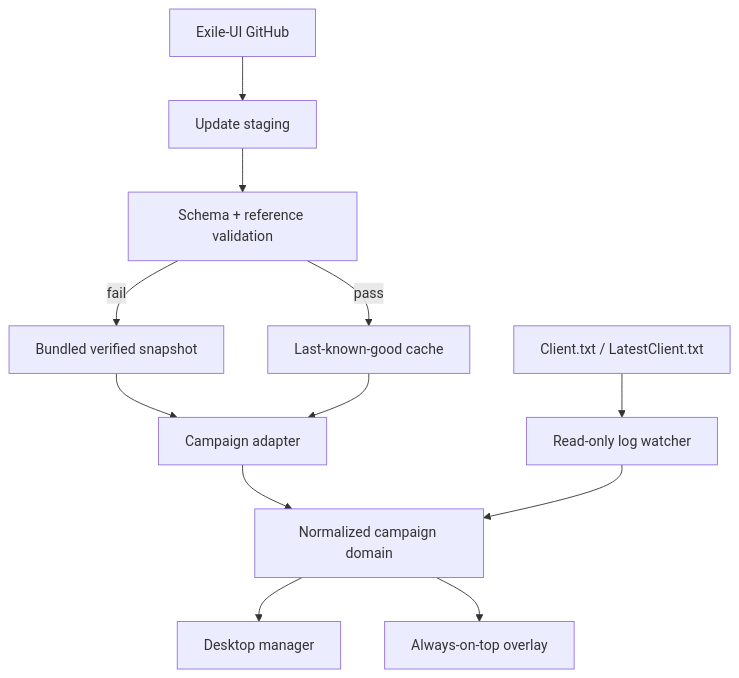
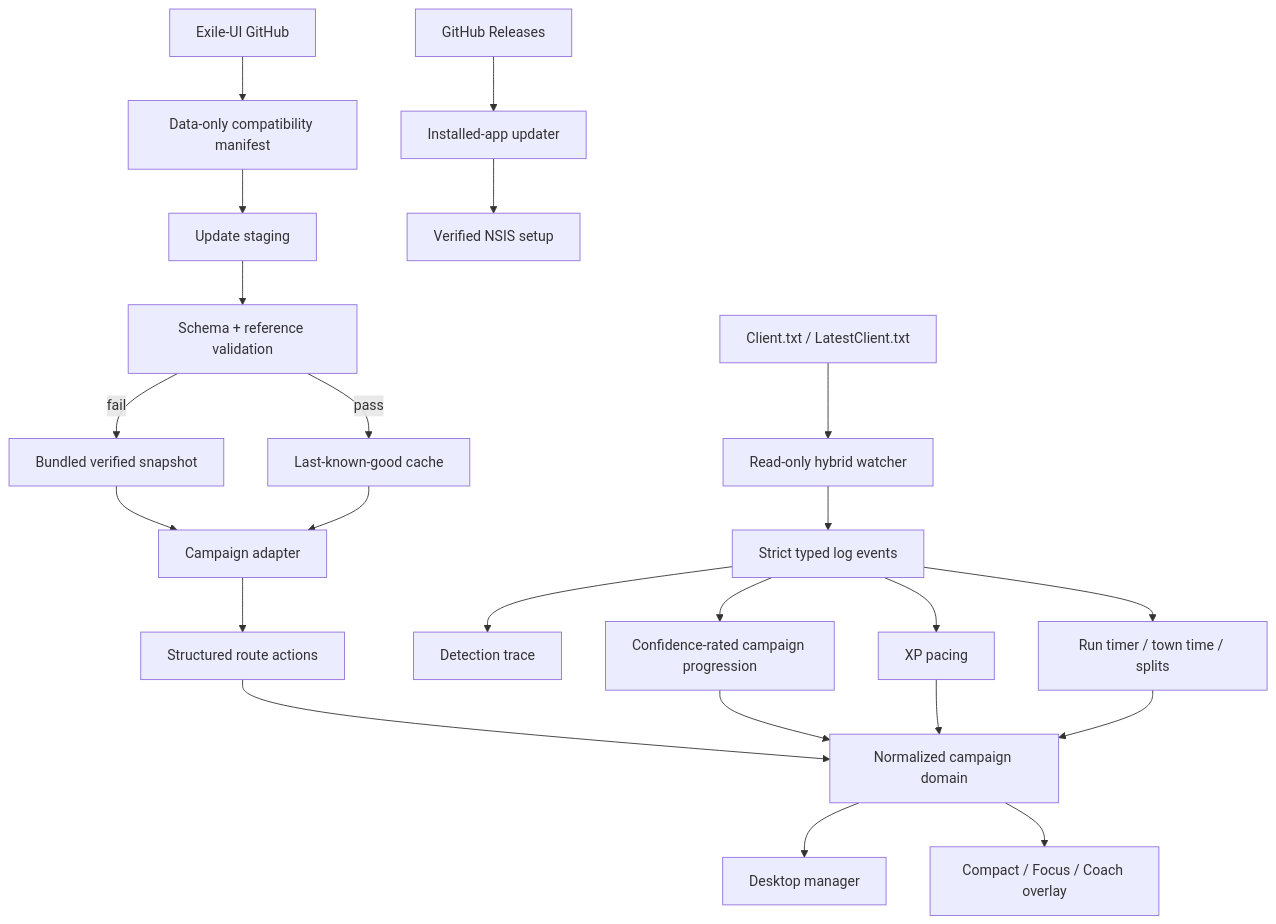
The diagram in docs/ARCHITECTURE.md (Stoffe101/ExileQuesting), drawn with Mermaid before and after one commit. The commit also changed other lines of this file and 41 other files, not shown here.

````diff
--- a/docs/ARCHITECTURE.md
+++ b/docs/ARCHITECTURE.md
@@ -5,14 +5,27 @@
 ```mermaid
 flowchart TD
-  Log["Client.txt / LatestClient.txt"] --> Watcher["Read-only log watcher"]
-  Exile["Exile-UI GitHub"] --> Stage["Update staging"]
+  Log["Client.txt / LatestClient.txt"] --> Watcher["Read-only hybrid watcher"]
+  Watcher --> Events["Strict typed log events"]
+  Events --> Progression["Confidence-rated campaign progression"]
+  Events --> Trace["Detection trace"]
+  Events --> XP["XP pacing"]
+  Events --> Run["Run timer / town time / splits"]
+
+  Exile["Exile-UI GitHub"] --> Compatibility["Data-only compatibility manifest"]
+  Compatibility --> Stage["Update staging"]
   Stage --> Validate["Schema + reference validation"]
   Bundle["Bundled verified snapshot"] --> Adapter["Campaign adapter"]
   Validate -->|pass| Cache["Last-known-good cache"]
   Validate -->|fail| Bundle
   Cache --> Adapter
-  Adapter --> Domain["Normalized campaign domain"]
-  Watcher --> Domain
+  Adapter --> Actions["Structured route actions"]
+  Actions --> Domain["Normalized campaign domain"]
+  Progression --> Domain
+  XP --> Domain
+  Run --> Domain
   Domain --> Manager["Desktop manager"]
-  Domain --> Overlay["Always-on-top overlay"]
+  Domain --> Overlay["Compact / Focus / Coach overlay"]
+
+  Releases["GitHub Releases"] --> AppUpdate["Installed-app updater"]
+  AppUpdate --> Installer["Verified NSIS setup"]
 ```
````
